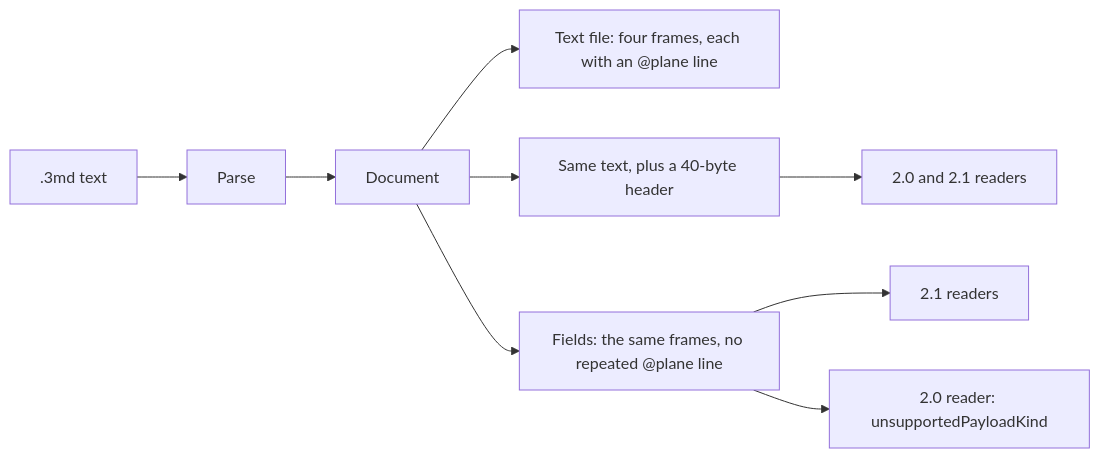
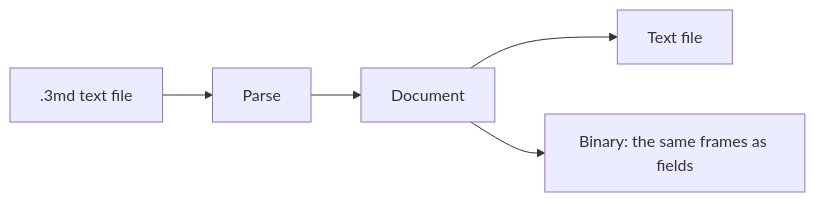
The first of 2 diagrams in README.md (CorvidLabs/3md), drawn with Mermaid before and after one commit. The commit also changed other lines of this file and 22 other files, not shown here.

First line of the commit message:
Update: explain the text file and the binary save

````diff
--- a/README.md
+++ b/README.md
@@ -122,11 +120,7 @@
 ```mermaid
 flowchart LR
-  source[".3md text"] --> parsed[Parse]
+  source[".3md text file"] --> parsed[Parse]
   parsed --> document[Document]
-  document --> textOut["Text file: four frames, each with an @plane line"]
-  document --> kind1["Same text, plus a 40-byte header"]
-  document --> kind2["Fields: the same frames, no repeated @plane line"]
-  kind1 --> both["2.0 and 2.1 readers"]
-  kind2 --> current["2.1 readers"]
-  kind2 --> legacy["2.0 reader: unsupportedPayloadKind"]
+  document --> textOut["Text file"]
+  document --> binary["Binary: the same frames as fields"]
 ```
````
